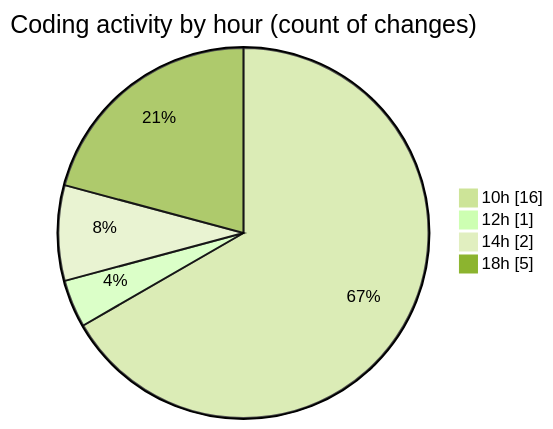
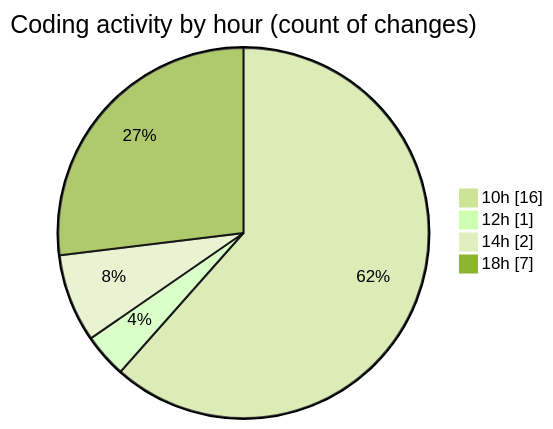
Before and after one commit to Elitesun/code-tracking: the second of 2 diagrams in 2025-02-11/react_ecom/README.md, drawn with Mermaid (forest theme). The commit also changed other lines of this file and 1 other file, not shown here.

````diff
--- a/2025-02-11/react_ecom/README.md
+++ b/2025-02-11/react_ecom/README.md
@@ -38,8 +38,8 @@
 ```mermaid
 pie showData
 title Coding activity by hour (count of changes)
 "10h" : 16
 "12h" : 1
 "14h" : 2
-"18h" : 5
+"18h" : 7
 ```
````
